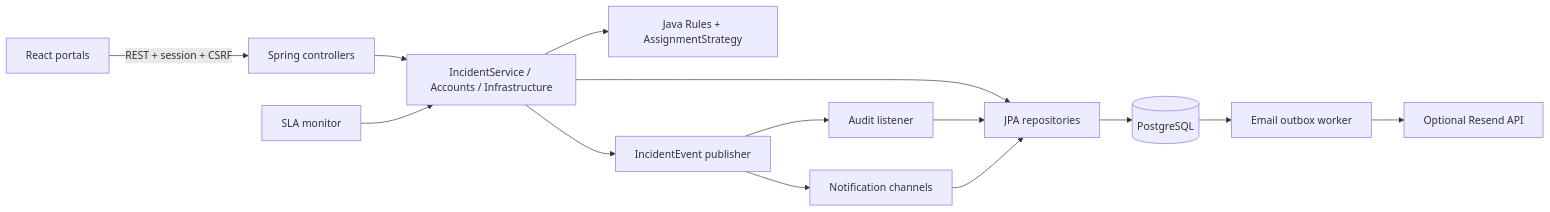
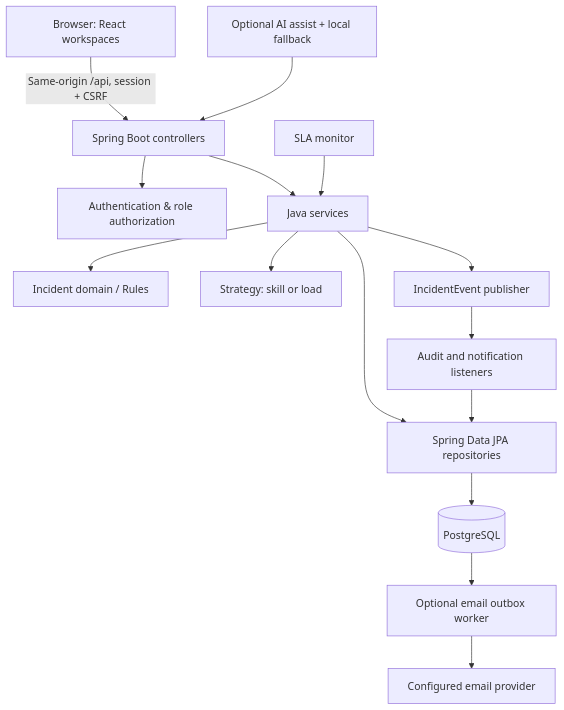
One commit to anantagarwal0156H/NEXUS changed the first of 2 diagrams in docs/architecture.md. Above: the diagram before and after it, drawn with Mermaid. The commit also changed other lines of this file, not shown here.

Commit message:
docs(v6.1): refresh docs/architecture.md

````diff
--- a/docs/architecture.md
+++ b/docs/architecture.md
@@ -3,16 +7,17 @@
 ```mermaid
-flowchart LR
-  Browser[React portals] -->|REST + session + CSRF| Controller[Spring controllers]
-  Controller --> Service[IncidentService / Accounts / Infrastructure]
-  Service --> Rules[Java Rules + AssignmentStrategy]
-  Service --> Repo[JPA repositories]
-  Repo --> DB[(PostgreSQL)]
-  Service --> Events[IncidentEvent publisher]
-  Events --> Audit[Audit listener]
-  Events --> Channels[Notification channels]
-  Audit --> Repo
-  Channels --> Repo
-  DB --> Worker[Email outbox worker]
-  Worker --> Resend[Optional Resend API]
-  Scheduler[SLA monitor] --> Service
+flowchart TD
+  B["Browser: React workspaces"] -->|"Same-origin /api, session + CSRF"| C["Spring Boot controllers"]
+  C --> A["Authentication & role authorization"]
+  C --> S["Java services"]
+  S --> D["Incident domain / Rules"]
+  S --> ST["Strategy: skill or load"]
+  S --> R["Spring Data JPA repositories"]
+  R --> P[("PostgreSQL")]
+  S --> EV["IncidentEvent publisher"]
+  EV --> L["Audit and notification listeners"]
+  L --> R
+  W["SLA monitor"] --> S
+  OUT["Optional email outbox worker"] --> EXT["Configured email provider"]
+  P --> OUT
+  OPT["Optional AI assist + local fallback"] --> C
 ```
````
